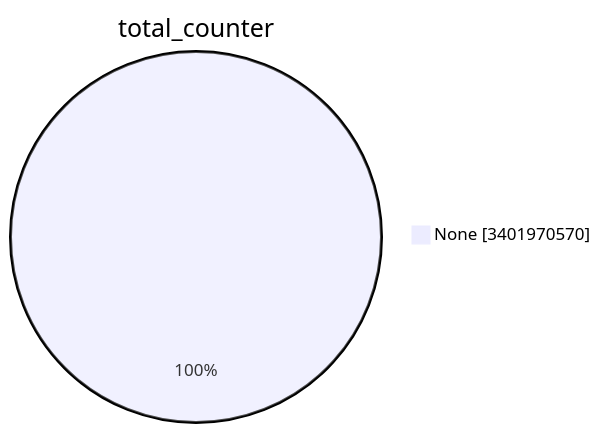
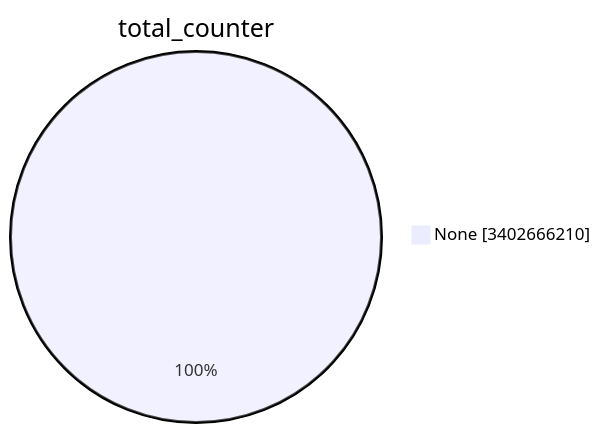
Before and after one commit to christiankrug/ctmonitor_visualization: the first of 15 diagrams in TOTAL/README.md, drawn with Mermaid. The commit also changed other lines of this file, not shown here.

````diff
--- a/TOTAL/README.md
+++ b/TOTAL/README.md
@@ -1,5 +1,5 @@
 ```mermaid
 pie showData
 title total_counter
-"None" :3401970570
+"None" :3402666210
 ```
````
